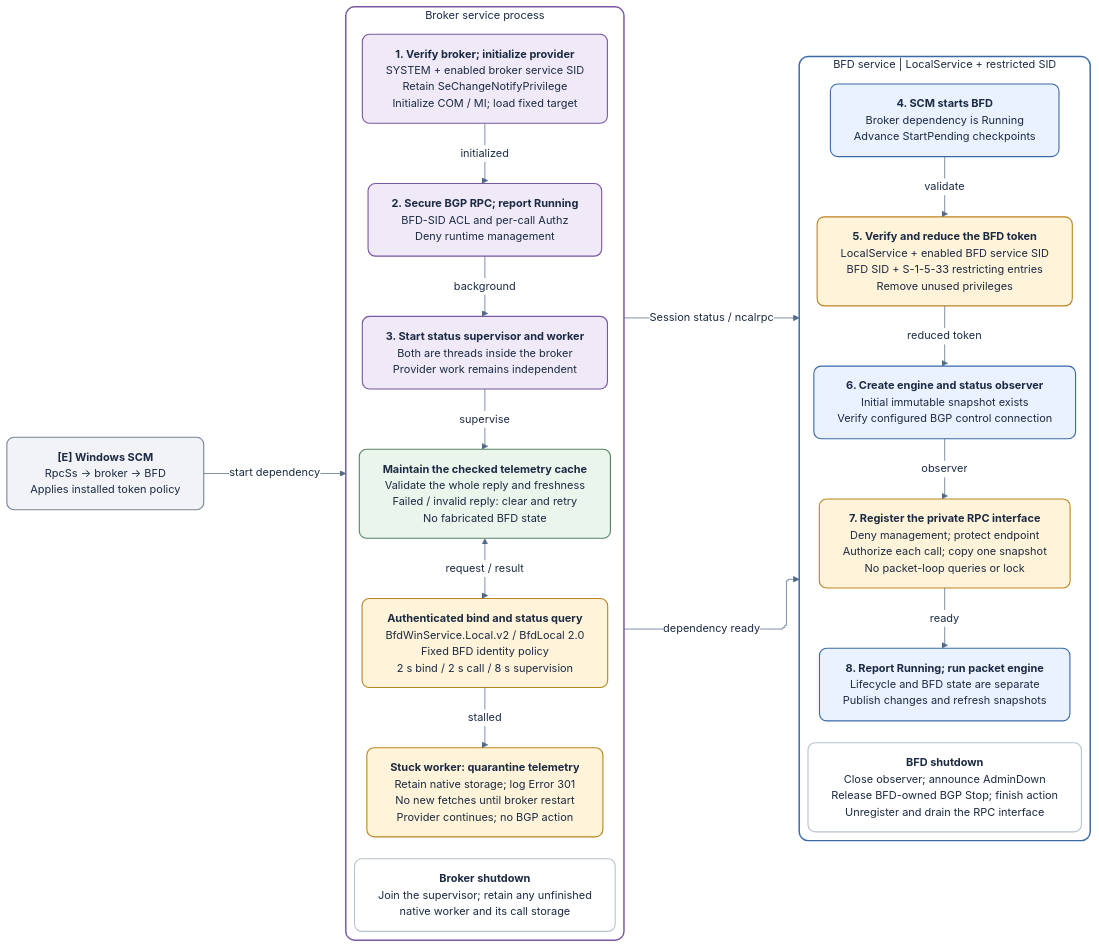
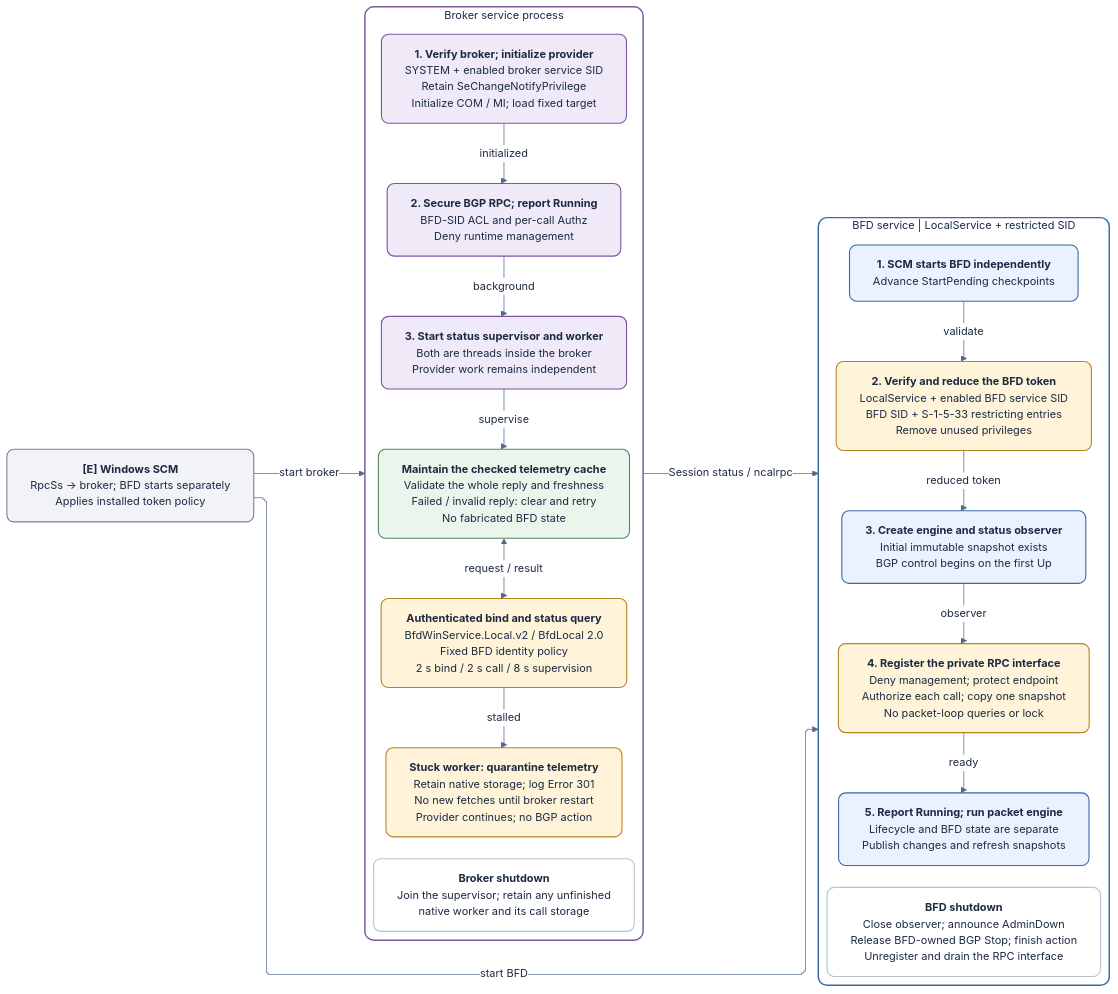
Before and after one commit to miketheitguy/bfd-winservice: the second of 2 diagrams in docs/service-communication.md, drawn with Mermaid. The commit also changed other lines of this file and 19 other files, not shown here.

Commit message:
fix: allow BFD and broker services to start independently

````diff
--- a/docs/service-communication.md
+++ b/docs/service-communication.md
@@ -181,73 +182,73 @@
 ```mermaid
 ---
 config:
   layout: elk
   look: classic
   theme: base
   fontFamily: Segoe UI, Arial, sans-serif
   themeVariables:
     fontSize: 15px
     primaryTextColor: '#1C2B43'
     lineColor: '#526987'
     clusterBkg: '#FFFFFF'
     edgeLabelBackground: '#FFFFFF'
   flowchart:
     wrappingWidth: 330
     padding: 16
     nodeSpacing: 26
     rankSpacing: 50
     curve: stepBefore
 ---
 flowchart LR
     accTitle: Service lifecycle: startup, status fetching, and administrative shutdown
-    accDescr: SCM starts RpcSs, the broker, and BFD in dependency order. Both services validate and reduce their tokens before accepting work. The status supervisor owns one RPC worker and quarantines stalled telemetry while the provider continues. Shutdown preserves native ownership.
+    accDescr: SCM starts BFD and the broker independently; only the broker depends on RpcSs. Each service validates and reduces its own token before accepting work. The status supervisor retries while BFD is unavailable and quarantines stalled telemetry while the provider continues. Shutdown preserves native ownership.
     %% Mirrors service-communication.drawio, page 2.
 
-    lc_scm["<b>[E] Windows SCM</b><br/>RpcSs → broker → BFD<br/>Applies installed token policy"]:::external
+    lc_scm["<b>[E] Windows SCM</b><br/>RpcSs → broker; BFD starts separately<br/>Applies installed token policy"]:::external
     subgraph lc_broker["Broker service process"]
         direction TB
         lc_broker_init["<b>1. Verify broker; initialize provider</b><br/>SYSTEM + enabled broker service SID<br/>Retain SeChangeNotifyPrivilege<br/>Initialize COM / MI; load fixed target"]:::broker
         lc_broker_running["<b>2. Secure BGP RPC; report Running</b><br/>BFD-SID ACL and per-call Authz<br/>Deny runtime management"]:::broker
         lc_monitor["<b>3. Start status supervisor and worker</b><br/>Both are threads inside the broker<br/>Provider work remains independent"]:::broker
         lc_call["<b>Authenticated bind and status query</b><br/>BfdWinService.Local.v2 / BfdLocal 2.0<br/>Fixed BFD identity policy<br/>2 s bind / 2 s call / 8 s supervision"]:::gate
         lc_cache["<b>Maintain the checked telemetry cache</b><br/>Validate the whole reply and freshness<br/>Failed / invalid reply: clear and retry<br/>No fabricated BFD state"]:::cache
         lc_broker_stop["<b>Broker shutdown</b><br/>Join the supervisor; retain any unfinished<br/>native worker and its call storage"]:::note
         lc_quarantine["<b>Stuck worker: quarantine telemetry</b><br/>Retain native storage; log Error 301<br/>No new fetches until broker restart<br/>Provider continues; no BGP action"]:::gate
     end
 
     subgraph lc_bfd["BFD service | LocalService + restricted SID"]
         direction TB
-        lc_bfd_start["<b>4. SCM starts BFD</b><br/>Broker dependency is Running<br/>Advance StartPending checkpoints"]:::bfd
-        lc_bfd_guard["<b>5. Verify and reduce the BFD token</b><br/>LocalService + enabled BFD service SID<br/>BFD SID + S-1-5-33 restricting entries<br/>Remove unused privileges"]:::gate
-        lc_engine["<b>6. Create engine and status observer</b><br/>Initial immutable snapshot exists<br/>Verify configured BGP control connection"]:::bfd
-        lc_listener["<b>7. Register the private RPC interface</b><br/>Deny management; protect endpoint<br/>Authorize each call; copy one snapshot<br/>No packet-loop queries or lock"]:::gate
+        lc_bfd_start["<b>1. SCM starts BFD independently</b><br/>Advance StartPending checkpoints"]:::bfd
+        lc_bfd_guard["<b>2. Verify and reduce the BFD token</b><br/>LocalService + enabled BFD service SID<br/>BFD SID + S-1-5-33 restricting entries<br/>Remove unused privileges"]:::gate
+        lc_engine["<b>3. Create engine and status observer</b><br/>Initial immutable snapshot exists<br/>BGP control begins on the first Up"]:::bfd
+        lc_listener["<b>4. Register the private RPC interface</b><br/>Deny management; protect endpoint<br/>Authorize each call; copy one snapshot<br/>No packet-loop queries or lock"]:::gate
         lc_bfd_stop["<b>BFD shutdown</b><br/>Close observer; announce AdminDown<br/>Release BFD-owned BGP Stop; finish action<br/>Unregister and drain the RPC interface"]:::note
-        lc_bfd_running["<b>8. Report Running; run packet engine</b><br/>Lifecycle and BFD state are separate<br/>Publish changes and refresh snapshots"]:::bfd
+        lc_bfd_running["<b>5. Report Running; run packet engine</b><br/>Lifecycle and BFD state are separate<br/>Publish changes and refresh snapshots"]:::bfd
     end
 
-    lc_scm -->|"start dependency"| lc_broker
+    lc_scm -->|"start broker"| lc_broker
     lc_broker_init -->|"initialized"| lc_broker_running
     lc_broker_running -->|"background"| lc_monitor
     lc_monitor -->|"supervise"| lc_cache
     lc_cache <-->|"request / result"| lc_call
     lc_call -->|"stalled"| lc_quarantine
-    lc_broker -->|"dependency ready"| lc_bfd
+    lc_scm -->|"start BFD"| lc_bfd
     lc_bfd_start -->|"validate"| lc_bfd_guard
     lc_bfd_guard -->|"reduced token"| lc_engine
     lc_engine -->|"observer"| lc_listener
     lc_listener -->|"ready"| lc_bfd_running
     lc_broker -->|"Session status / ncalrpc"| lc_bfd
 
     %% Invisible links align independent sections; they do not represent calls.
     lc_bfd_running ~~~ lc_bfd_stop
     lc_quarantine ~~~ lc_broker_stop
 
     classDef bfd fill:#EAF2FF,stroke:#3A69A6,color:#1C2B43,stroke-width:1.5px,rx:10,ry:10
     classDef broker fill:#F0EAF8,stroke:#7957A2,color:#1C2B43,stroke-width:1.5px,rx:10,ry:10
     classDef gate fill:#FFF4D9,stroke:#B98521,color:#1C2B43,stroke-width:1.5px,rx:10,ry:10
     classDef cache fill:#EAF5EC,stroke:#558563,color:#1C2B43,stroke-width:1.5px,rx:10,ry:10
     classDef external fill:#F1F3F6,stroke:#778397,color:#1C2B43,stroke-width:1.5px,rx:10,ry:10
     classDef note fill:#FFFFFF,stroke:#B8C2D0,color:#1C2B43,stroke-width:1.5px,rx:10,ry:10
     style lc_broker fill:#FFFFFF,stroke:#7957A2,color:#1C2B43,stroke-width:2px,rx:12,ry:12
     style lc_bfd fill:#FFFFFF,stroke:#3A69A6,color:#1C2B43,stroke-width:2px,rx:12,ry:12
 ```
````
